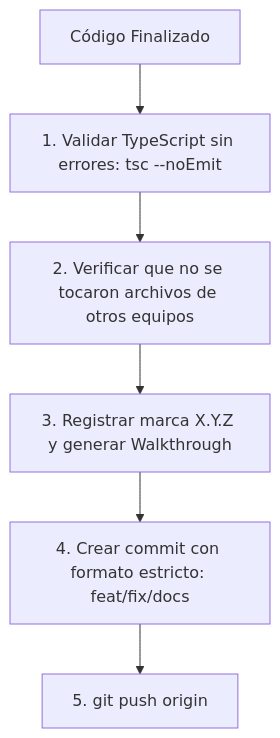
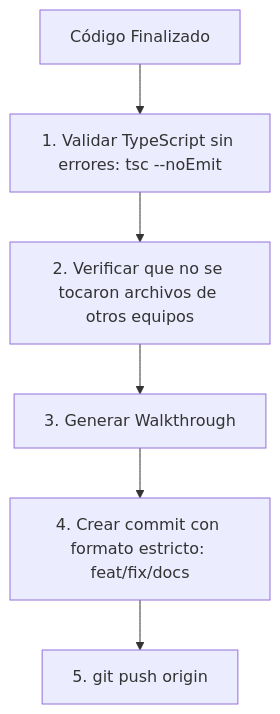
The diagram in docs/00_SISTEMA/02_GUIAS_Y_ESTANDARES/GUIA_GIT_COMMITS_Y_PUSH.md (pintuclic/pintuclic), drawn with Mermaid before and after one commit. The commit also changed other lines of this file and 10 other files, not shown here.

````diff
--- a/docs/00_SISTEMA/02_GUIAS_Y_ESTANDARES/GUIA_GIT_COMMITS_Y_PUSH.md
+++ b/docs/00_SISTEMA/02_GUIAS_Y_ESTANDARES/GUIA_GIT_COMMITS_Y_PUSH.md
@@ -70,8 +65,8 @@
 ```mermaid
 graph TD
     A[Código Finalizado] --> B[1. Validar TypeScript sin errores: tsc --noEmit]
     B --> C[2. Verificar que no se tocaron archivos de otros equipos]
-    C --> D[3. Registrar marca X.Y.Z y generar Walkthrough]
+    C --> D[3. Generar Walkthrough]
     D --> E[4. Crear commit con formato estricto: feat/fix/docs]
     E --> F[5. git push origin <rama-asignada>]
 ```
````
